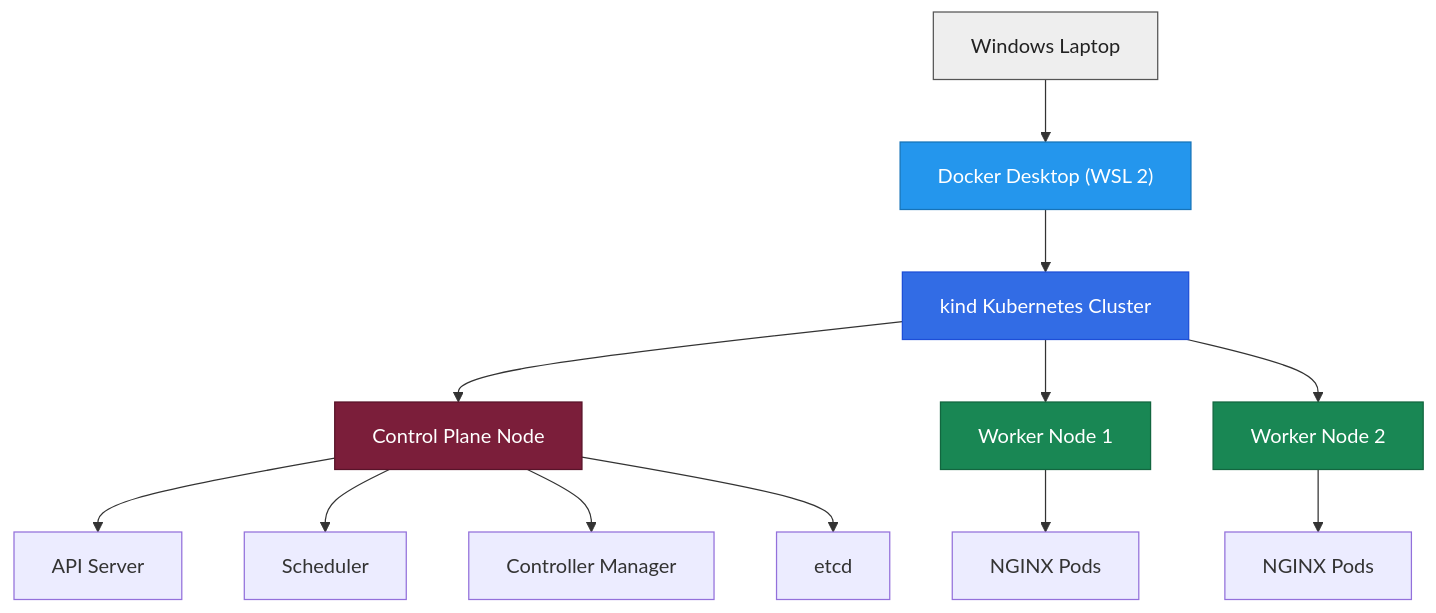
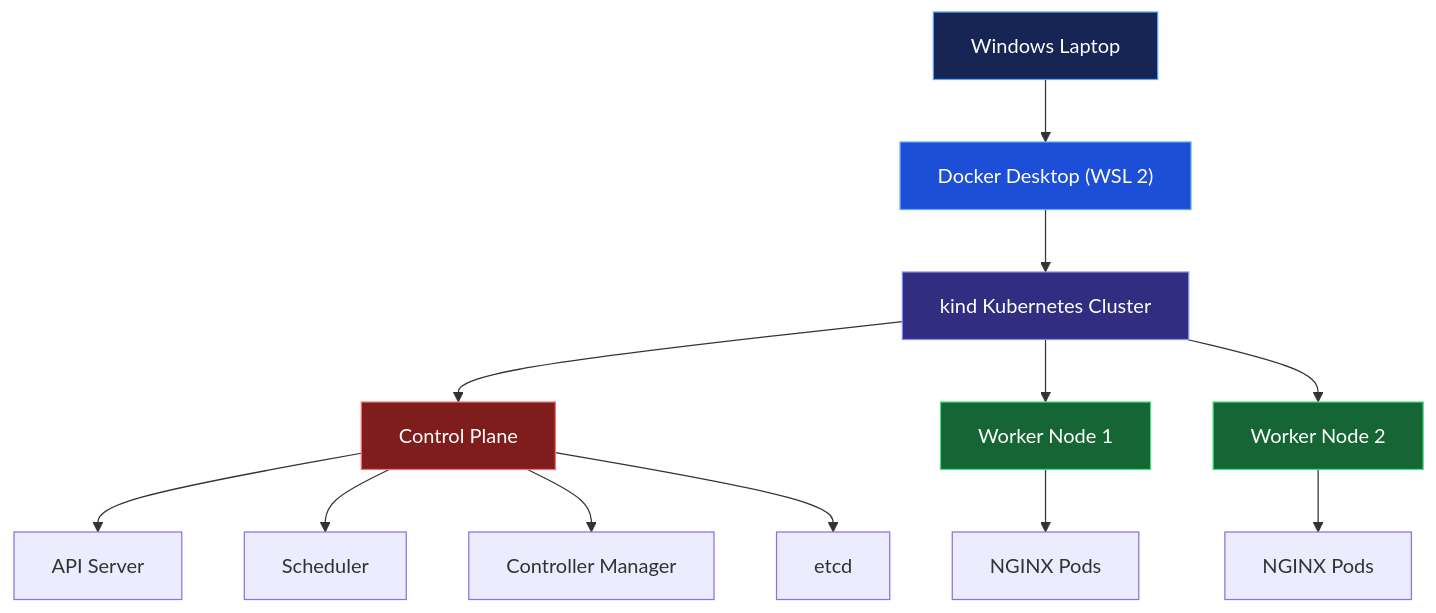
Before and after one commit to Alsaa-00/CC-Expt3-Kubernetes-Cluster: the diagram in README.md, drawn with Mermaid. The commit also changed other lines of this file, not shown here.

````diff
--- a/README.md
+++ b/README.md
@@ -56,24 +54,24 @@
 ```mermaid
 flowchart TB
     A["Windows Laptop"] --> B["Docker Desktop (WSL 2)"]
     B --> C["kind Kubernetes Cluster"]
 
-    C --> D["Control Plane Node"]
+    C --> D["Control Plane"]
     C --> E["Worker Node 1"]
     C --> F["Worker Node 2"]
 
     D --> G["API Server"]
     D --> H["Scheduler"]
     D --> I["Controller Manager"]
     D --> J["etcd"]
 
     E --> K["NGINX Pods"]
     F --> L["NGINX Pods"]
 
-    style A fill:#eeeeee,stroke:#555,color:#222
-    style B fill:#2496ED,stroke:#1673B8,color:#fff
-    style C fill:#326CE5,stroke:#1D4ED8,color:#fff
-    style D fill:#7B1E3A,stroke:#581329,color:#fff
-    style E fill:#198754,stroke:#12663F,color:#fff
-    style F fill:#198754,stroke:#12663F,color:#fff
+    style A fill:#172554,color:#fff,stroke:#60A5FA
+    style B fill:#1D4ED8,color:#fff,stroke:#60A5FA
+    style C fill:#312E81,color:#fff,stroke:#818CF8
+    style D fill:#7F1D1D,color:#fff,stroke:#F87171
+    style E fill:#166534,color:#fff,stroke:#4ADE80
+    style F fill:#166534,color:#fff,stroke:#4ADE80
 ```
````
